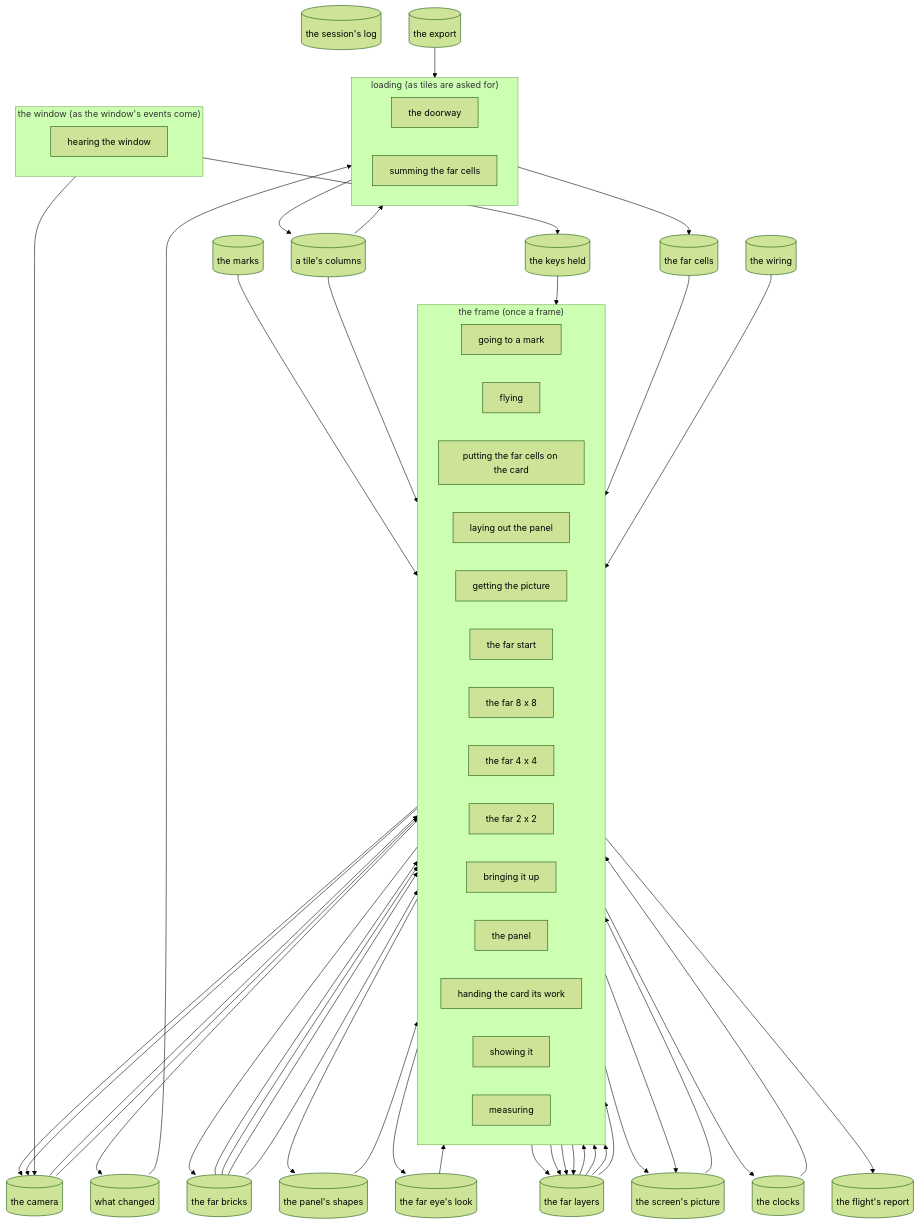
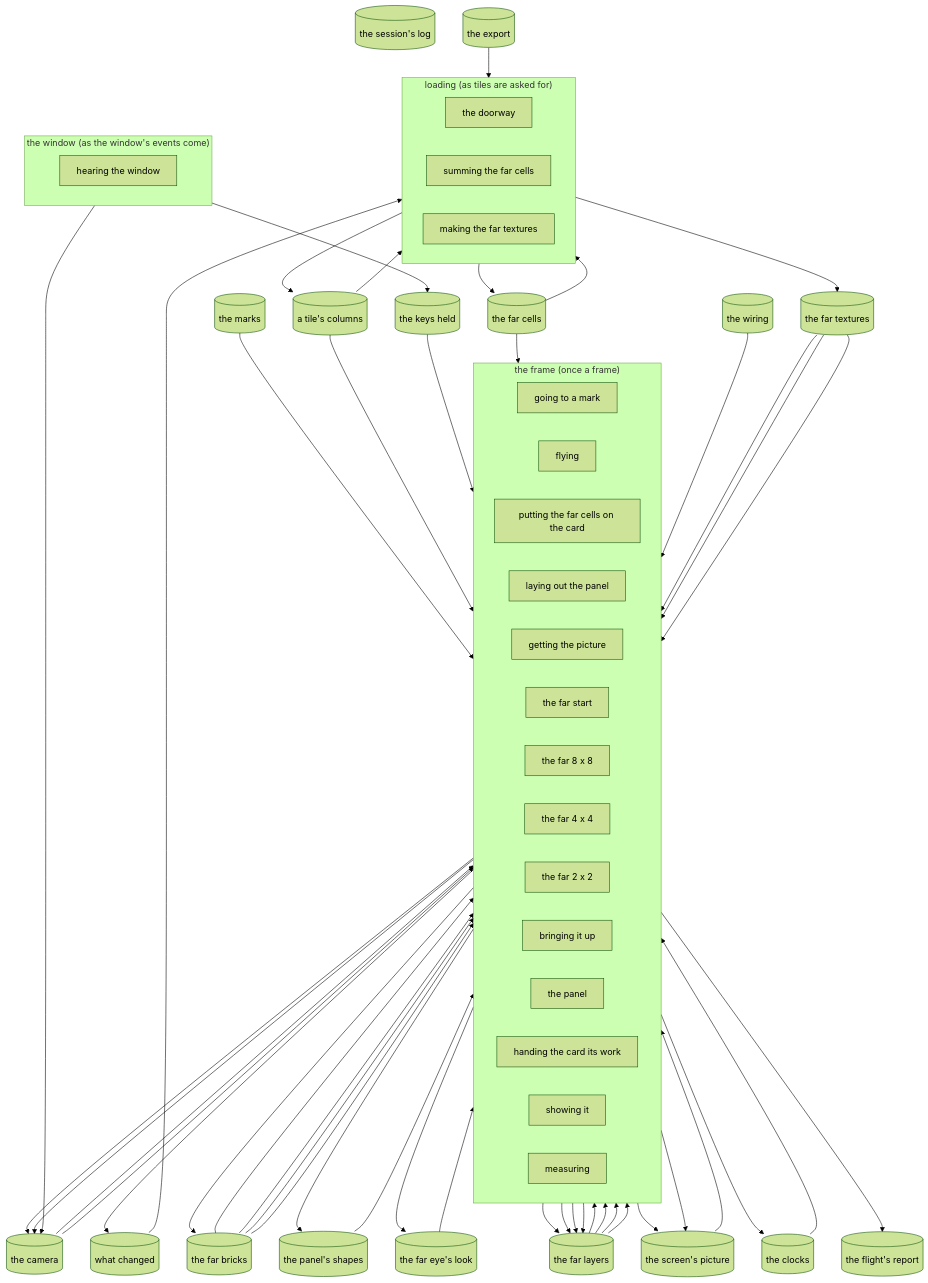
One commit to david138collins/incus-artus changed the diagram in master/map.md. Above: the diagram before and after it, drawn with Mermaid (forest theme). The commit also changed other lines of this file and 10 other files, not shown here.

````diff
--- a/master/map.md
+++ b/master/map.md
@@ -35,6 +35,7 @@
     direction LR
     pass_the_doorway["the doorway"]
     pass_summing_the_far_cells["summing the far cells"]
+    pass_making_the_far_textures["making the far textures"]
   end
   store_the_keys_held[("the keys held")]
   store_the_camera[("the camera")]
@@ -52,6 +53,7 @@
   store_the_far_bricks[("the far bricks")]
   store_the_far_layers[("the far layers")]
   store_the_far_eye_s_look[("the far eye's look")]
+  store_the_far_textures[("the far textures")]
   pass_hearing_the_window --> store_the_keys_held
   pass_hearing_the_window --> store_the_camera
   store_the_marks --> pass_going_to_a_mark
@@ -72,12 +74,15 @@
   store_the_far_eye_s_look --> pass_the_far_start
   pass_the_far_start --> store_the_far_layers
   store_the_far_bricks --> pass_the_far_8_x_8
+  store_the_far_textures --> pass_the_far_8_x_8
   store_the_far_layers --> pass_the_far_8_x_8
   pass_the_far_8_x_8 --> store_the_far_layers
   store_the_far_bricks --> pass_the_far_4_x_4
+  store_the_far_textures --> pass_the_far_4_x_4
   store_the_far_layers --> pass_the_far_4_x_4
   pass_the_far_4_x_4 --> store_the_far_layers
   store_the_far_bricks --> pass_the_far_2_x_2
+  store_the_far_textures --> pass_the_far_2_x_2
   store_the_far_layers --> pass_the_far_2_x_2
   pass_the_far_2_x_2 --> store_the_far_layers
   store_the_far_layers --> pass_bringing_it_up
@@ -92,4 +97,6 @@
   pass_the_doorway --> store_a_tile_s_columns
   store_a_tile_s_columns --> pass_summing_the_far_cells
   pass_summing_the_far_cells --> store_the_far_cells
+  store_the_far_cells --> pass_making_the_far_textures
+  pass_making_the_far_textures --> store_the_far_textures
 ```
````
